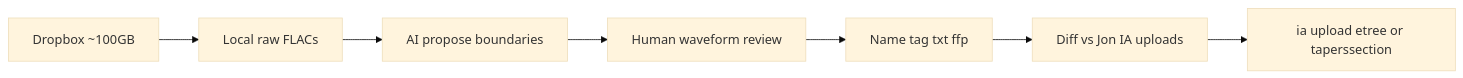
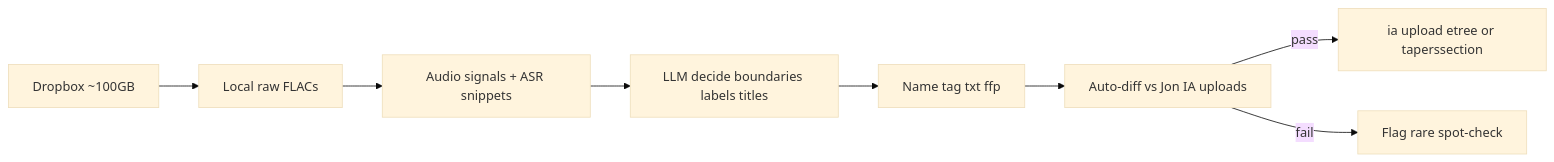
The diagram in PLAN.md (151henry151/dat-tracker), drawn with Mermaid (base theme) before and after one commit. The commit also changed other lines of this file and 3 other files, not shown here.

Commit message:
Lock LLM automatic tracking and drop required waveform review.

````diff
--- a/PLAN.md
+++ b/PLAN.md
@@ -53,9 +55,10 @@
 ```mermaid
 flowchart LR
   dropbox[Dropbox ~100GB] --> local[Local raw FLACs]
-  local --> propose[AI propose boundaries]
-  propose --> review[Human waveform review]
-  review --> package[Name tag txt ffp]
-  package --> validate[Diff vs Jon IA uploads]
-  validate --> upload[ia upload etree or taperssection]
+  local --> signals[Audio signals + ASR snippets]
+  signals --> llm[LLM decide boundaries labels titles]
+  llm --> package[Name tag txt ffp]
+  package --> validate[Auto-diff vs Jon IA uploads]
+  validate -->|pass| upload[ia upload etree or taperssection]
+  validate -->|fail| flag[Flag rare spot-check]
 ```
````
